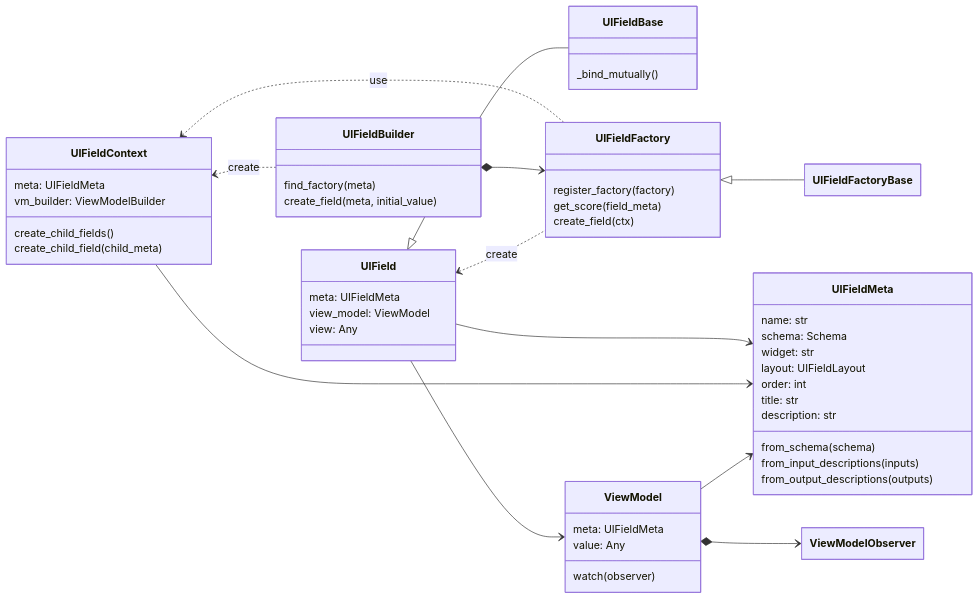
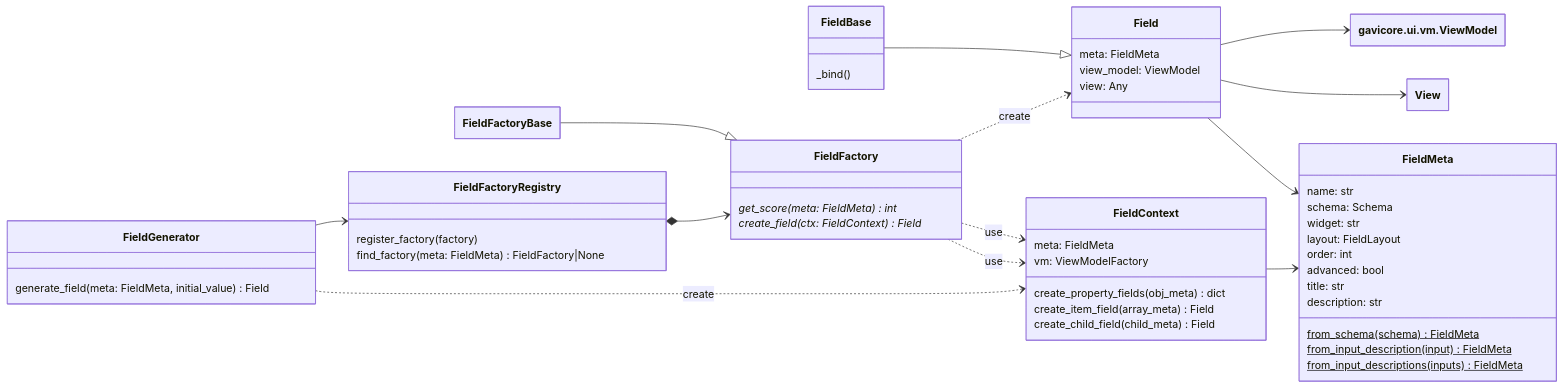
The fourth of 8 diagrams in docs/architecture.md (eo-tools/eozilla), drawn with Mermaid before and after one commit. The commit also changed other lines of this file, not shown here.

Commit message:
updated mermaid diagrams

````diff
--- a/docs/architecture.md
+++ b/docs/architecture.md
@@ -105,71 +132,73 @@
 ```mermaid
 ---
 config:
     class:
         hideEmptyMembersBox: true
     theme: default
 ---
 classDiagram
     direction LR
-    UIField <|-- UIFieldBase
-    UIField --> UIFieldMeta
-    UIFieldFactory <|-- UIFieldFactoryBase
-    UIFieldContext <.. UIFieldFactory : use
-    UIFieldContext <.. UIFieldBuilder : create
-    UIFieldContext --> UIFieldMeta
-    UIFieldBuilder *--> UIFieldFactory
-    UIField <.. UIFieldFactory : create
-    UIField --> ViewModel
+    
+    Field --> FieldMeta
+    Field --> View
+    Field --> gavicore.ui.vm.ViewModel
+    FieldBase --|> Field
+    FieldContext --> FieldMeta
+    FieldFactory ..> Field: create
+    FieldFactory ..> FieldContext: use
+    FieldFactory ..> FieldContext: use
+    FieldFactoryBase --|> FieldFactory
+    FieldGenerator ..> FieldContext : create
+    FieldGenerator --> FieldFactoryRegistry
+    FieldFactoryRegistry *--> FieldFactory 
 
-    class UIField {
-        meta: UIFieldMeta
+    class Field {
+        meta: FieldMeta
         view_model: ViewModel
         view: Any
     }
     
-    class UIFieldBase {
-        _bind_mutually()
+    class FieldBase {
+        _bind()
     }
 
-    class UIFieldMeta {
+    class FieldMeta {
         name: str
         schema: Schema
         widget: str
-        layout: UIFieldLayout
+        layout: FieldLayout
         order: int
+        advanced: bool
         title: str
         description: str
-        from_schema(schema)
-        from_input_descriptions(inputs)
-        from_output_descriptions(outputs)
+        
+        from_schema(schema)$ FieldMeta
+        from_input_description(input)$ FieldMeta
+        from_input_descriptions(inputs)$ FieldMeta
     }
 
-    class UIFieldFactory {
-        register_factory(factory)
-        get_score(field_meta)
-        create_field(ctx) 
+    class FieldFactory {
+        get_score(meta: FieldMeta)* int
+        create_field(ctx: FieldContext)* Field 
     }
 
-    class UIFieldContext {
-        meta: UIFieldMeta
-        vm_builder: ViewModelBuilder 
-        create_child_fields()
-        create_child_field(child_meta)
+    class FieldContext {
+        meta: FieldMeta
+        vm: ViewModelFactory
+        
+        create_property_fields(obj_meta) dict
+        create_item_field(array_meta) Field
+        create_child_field(child_meta) Field
     }
 
-    class UIFieldBuilder {
-        find_factory(meta)
-        create_field(meta, initial_value)  
+    class FieldFactoryRegistry {
+        register_factory(factory)
+        find_factory(meta: FieldMeta) FieldFactory|None
     }
 
-    ViewModel --> UIFieldMeta
-    ViewModel *--> ViewModelObserver 
-
-    class ViewModel {
-        meta: UIFieldMeta
-        value: Any
-        watch(observer)
+    class FieldGenerator {
+        generate_field(meta: FieldMeta, initial_value) Field
     }
 
 
 ```
````
